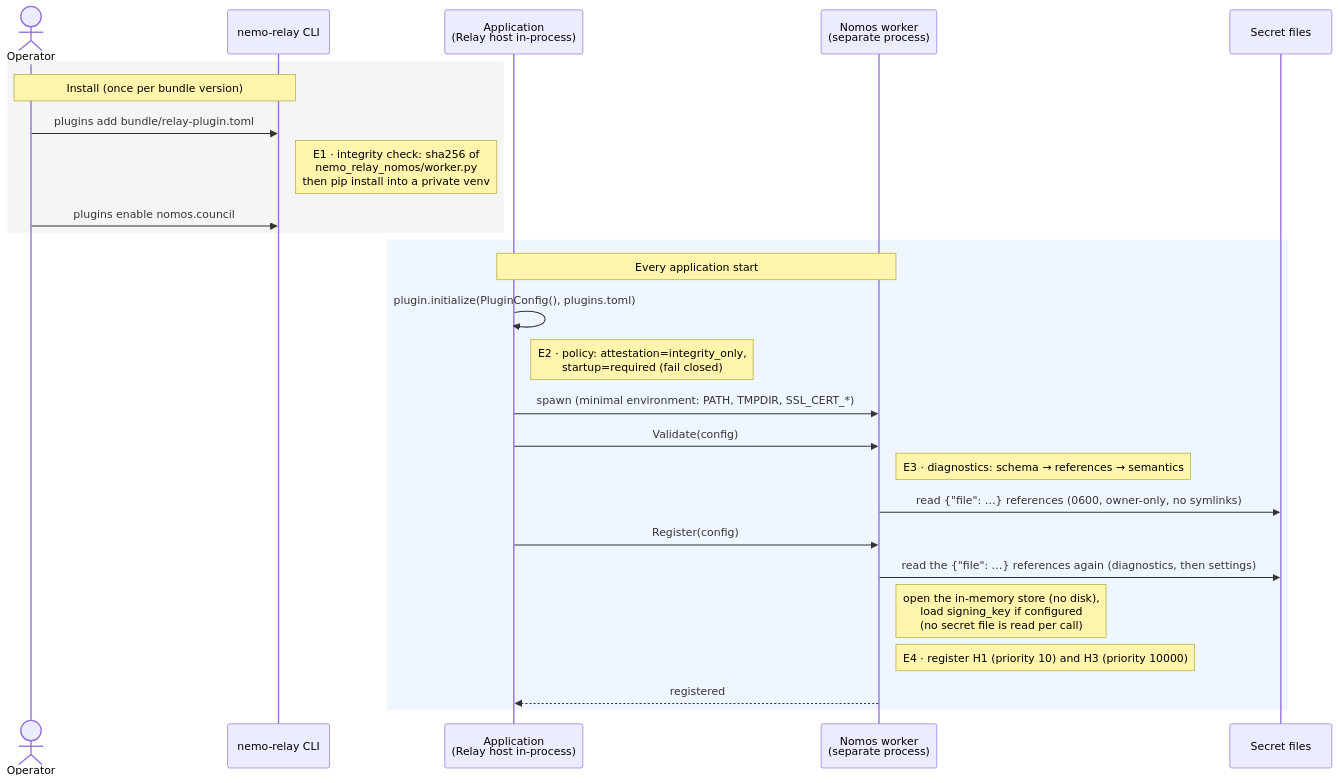
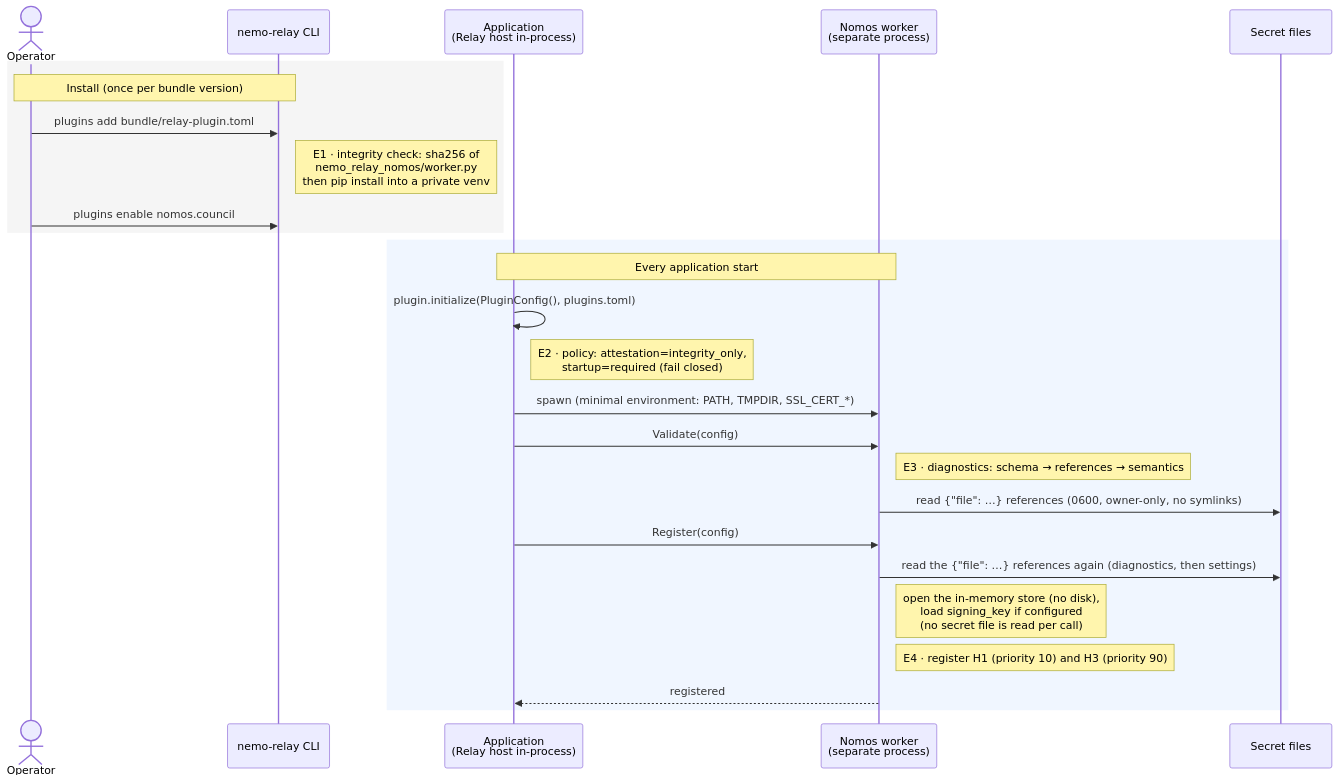
The first of 2 diagrams in integrations/nemo-relay/docs/architecture/01-deployment-and-configuration.md (NVIDIA/Nomos), drawn with Mermaid before and after one commit. The commit also changed other lines of this file and 27 other files, not shown here.

````diff
--- a/integrations/nemo-relay/docs/architecture/01-deployment-and-configuration.md
+++ b/integrations/nemo-relay/docs/architecture/01-deployment-and-configuration.md
@@ -21,30 +21,30 @@
 ```mermaid
 sequenceDiagram
   actor Op as Operator
   participant CLI as nemo-relay CLI
   participant App as Application<br/>(Relay host in-process)
   participant W as Nomos worker<br/>(separate process)
   participant FS as Secret files
 
   rect rgb(245,245,245)
   Note over Op,CLI: Install (once per bundle version)
   Op->>CLI: plugins add bundle/relay-plugin.toml
   Note right of CLI: E1 · integrity check: sha256 of<br/>nemo_relay_nomos/worker.py<br/>then pip install into a private venv
   Op->>CLI: plugins enable nomos.council
   end
 
   rect rgb(240,246,255)
   Note over App,W: Every application start
   App->>App: plugin.initialize(PluginConfig(), plugins.toml)
   Note right of App: E2 · policy: attestation=integrity_only,<br/>startup=required (fail closed)
   App->>W: spawn (minimal environment: PATH, TMPDIR, SSL_CERT_*)
   App->>W: Validate(config)
   Note right of W: E3 · diagnostics: schema → references → semantics
   W->>FS: read {"file": …} references (0600, owner-only, no symlinks)
   App->>W: Register(config)
   W->>FS: read the {"file": …} references again (diagnostics, then settings)
   Note right of W: open the in-memory store (no disk),<br/>load signing_key if configured<br/>(no secret file is read per call)
-  Note right of W: E4 · register H1 (priority 10) and H3 (priority 10000)
+  Note right of W: E4 · register H1 (priority 10) and H3 (priority 90)
   W-->>App: registered
   end
 ```
````
